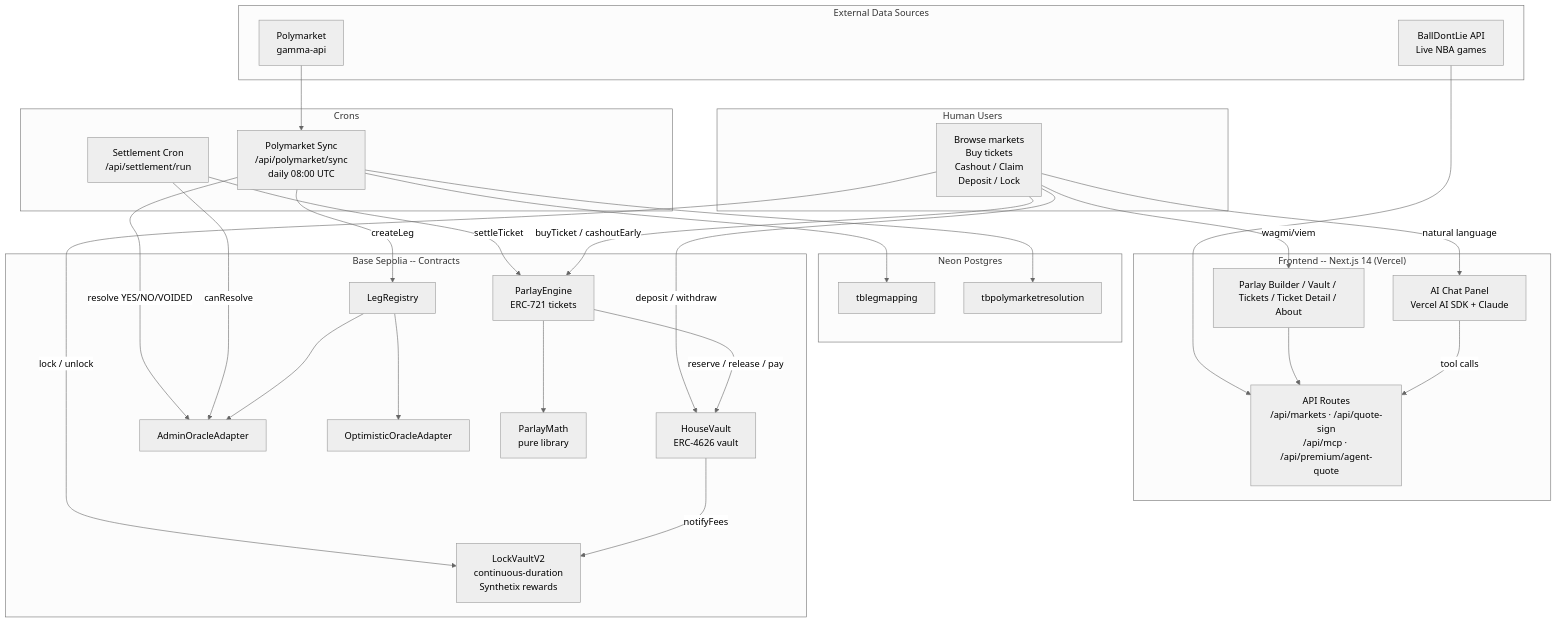
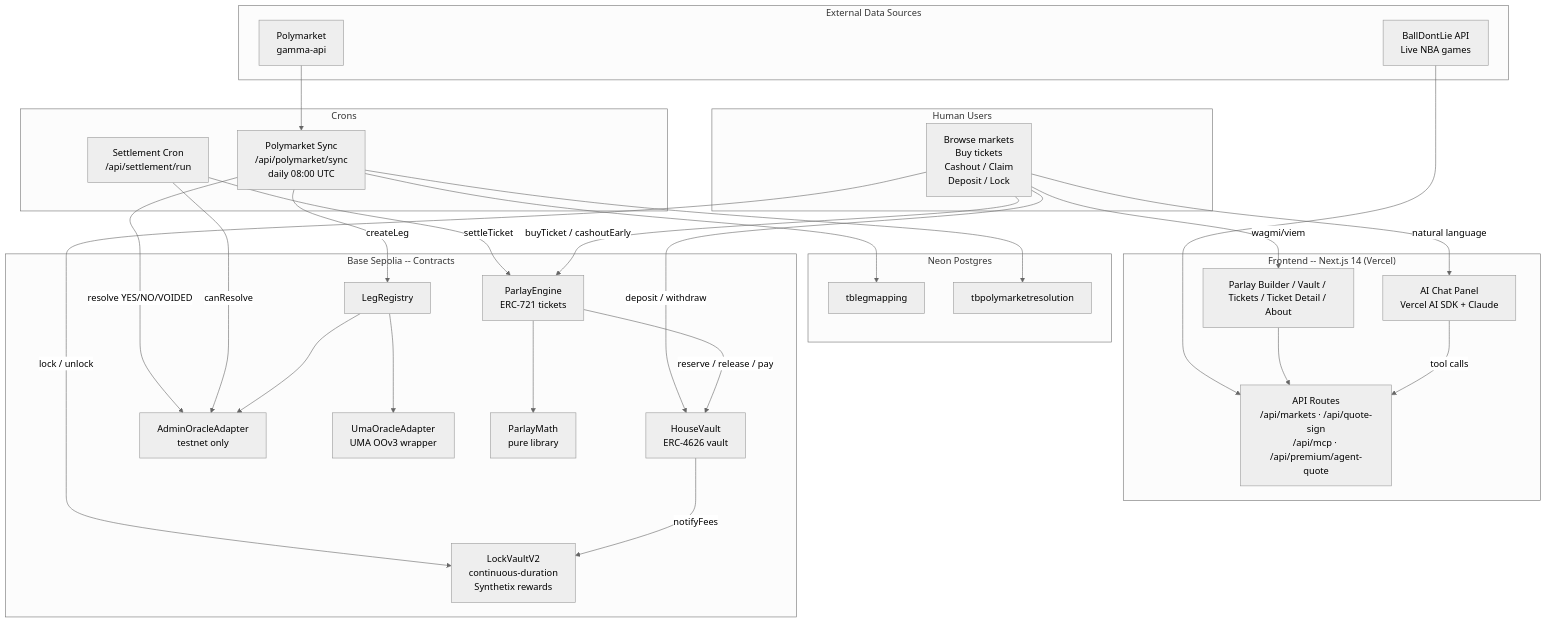
One commit to aidang1003/parlay-voo changed the diagram in docs/ARCHITECTURE.md. Above: the diagram before and after it, drawn with Mermaid (neutral theme). The commit also changed other lines of this file and 23 other files, not shown here.

````diff
--- a/docs/ARCHITECTURE.md
+++ b/docs/ARCHITECTURE.md
@@ -9,63 +9,63 @@
 ```mermaid
 flowchart TB
     subgraph "External Data Sources"
         BDL[BallDontLie API<br/>Live NBA games]
         POLY[Polymarket<br/>gamma-api]
     end
 
     subgraph "Crons"
         PSYNC[Polymarket Sync<br/>/api/polymarket/sync<br/>daily 08:00 UTC]
         SET[Settlement Cron<br/>/api/settlement/run]
     end
 
     subgraph "Frontend -- Next.js 14 (Vercel)"
         UI[Parlay Builder / Vault / Tickets / Ticket Detail / About]
         CHAT[AI Chat Panel<br/>Vercel AI SDK + Claude]
         API[API Routes<br/>/api/markets · /api/quote-sign<br/>/api/mcp · /api/premium/agent-quote]
     end
 
     subgraph "Neon Postgres"
         LM[tblegmapping]
         PR[tbpolymarketresolution]
     end
 
     subgraph "Base Sepolia -- Contracts"
         PE[ParlayEngine<br/>ERC-721 tickets]
         HV[HouseVault<br/>ERC-4626 vault]
         LR[LegRegistry]
         LV2[LockVaultV2<br/>continuous-duration<br/>Synthetix rewards]
-        OA[AdminOracleAdapter]
-        OO[OptimisticOracleAdapter]
+        OA[AdminOracleAdapter<br/>testnet only]
+        OO[UmaOracleAdapter<br/>UMA OOv3 wrapper]
         PM[ParlayMath<br/>pure library]
     end
 
     subgraph "Human Users"
         HU[Browse markets<br/>Buy tickets<br/>Cashout / Claim<br/>Deposit / Lock]
     end
 
     %% Cron + agent flows
     POLY --> PSYNC
     PSYNC --> LM
     PSYNC --> PR
     PSYNC -->|createLeg| LR
     PSYNC -->|resolve YES/NO/VOIDED| OA
     BDL --> API
     SET -->|settleTicket| PE
     SET -->|canResolve| OA
 
     %% Human flows
     HU -->|wagmi/viem| UI
     UI --> API
     HU -->|buyTicket / cashoutEarly| PE
     HU -->|deposit / withdraw| HV
     HU -->|lock / unlock| LV2
     HU -->|natural language| CHAT
     CHAT -->|tool calls| API
 
     %% Contract internals
     PE -->|reserve / release / pay| HV
     PE --> PM
     HV -->|notifyFees| LV2
     LR --> OA
     LR --> OO
 ```
````
